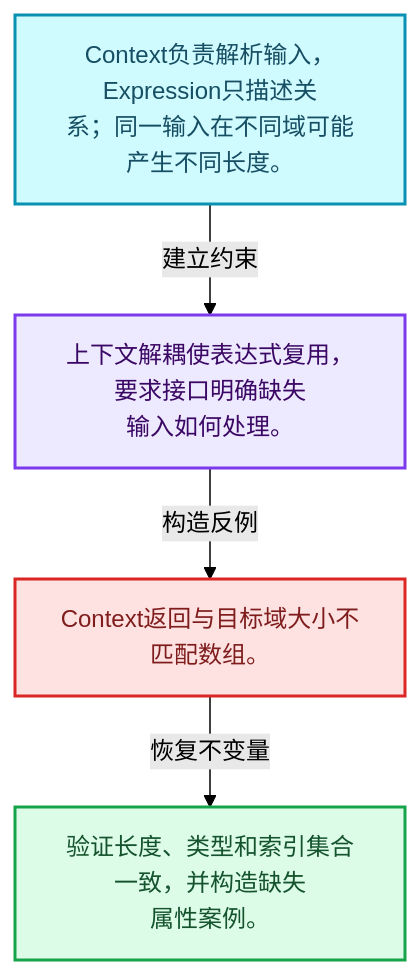
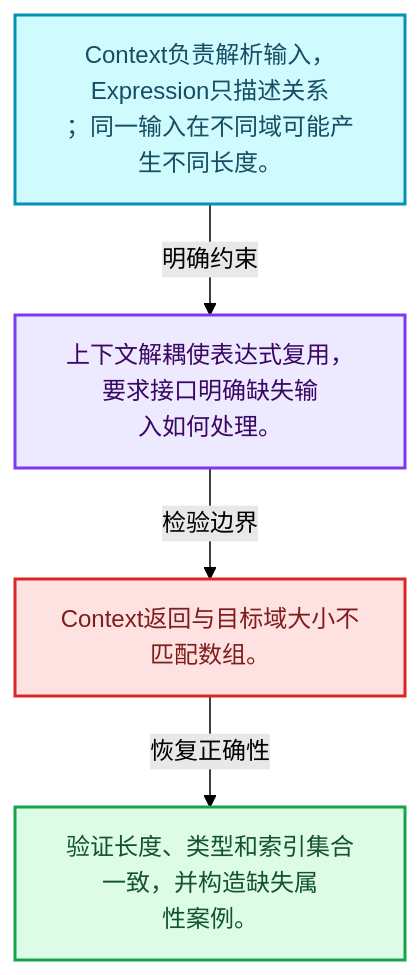
The first of 4 diagrams in 杂/markdown/全面学习-codex/08-Field表达式与求值/06-FieldContext上下文.md (yunkezengren/blender-.vscode), drawn with Mermaid (forest theme) before and after one commit. The commit also changed other lines of this file and 1930 other files, not shown here.

````diff
--- a/杂/markdown/全面学习-codex/08-Field表达式与求值/06-FieldContext上下文.md
+++ b/杂/markdown/全面学习-codex/08-Field表达式与求值/06-FieldContext上下文.md
@@ -29,16 +29,16 @@
 ```mermaid
 flowchart TB
-  M["Context负责解析输入，Expression只描述关<br/>系；同一输入在不同域可能产生不同长度。"]:::data
-  T["上下文解耦使表达式复用，要求接口明确缺失<br/>输入如何处理。"]:::abstraction
-  X["Context返回与目标域大小不匹配数组。"]:::error
-  A["验证长度、类型和索引集合一致，并构造缺失<br/>属性案例。"]:::result
-  M -->|"建立约束"| T
-  T -->|"构造反例"| X
-  X -->|"恢复不变量"| A
+  M["Context负责解析输入，Expression只描述关系<br/>；同一输入在不同域可能产生不同长度。"]:::data
+  C["上下文解耦使表达式复用，要求接口明确缺失输<br/>入如何处理。"]:::abstraction
+  B["Context返回与目标域大小不匹配数组。"]:::error
+  R["验证长度、类型和索引集合一致，并构造缺失属<br/>性案例。"]:::result
+  M -->|"明确约束"| C
+  C -->|"检验边界"| B
+  B -->|"恢复正确性"| R
   classDef input fill:#DBEAFE,stroke:#2563EB,color:#172554,stroke-width:2px;
   classDef data fill:#CFFAFE,stroke:#0891B2,color:#164E63,stroke-width:2px;
   classDef abstraction fill:#EDE9FE,stroke:#7C3AED,color:#3B0764,stroke-width:2px;
   classDef compute fill:#FEF3C7,stroke:#D97706,color:#78350F,stroke-width:2px;
   classDef result fill:#DCFCE7,stroke:#16A34A,color:#14532D,stroke-width:2px;
   classDef error fill:#FEE2E2,stroke:#DC2626,color:#7F1D1D,stroke-width:2px;
 ```
````
